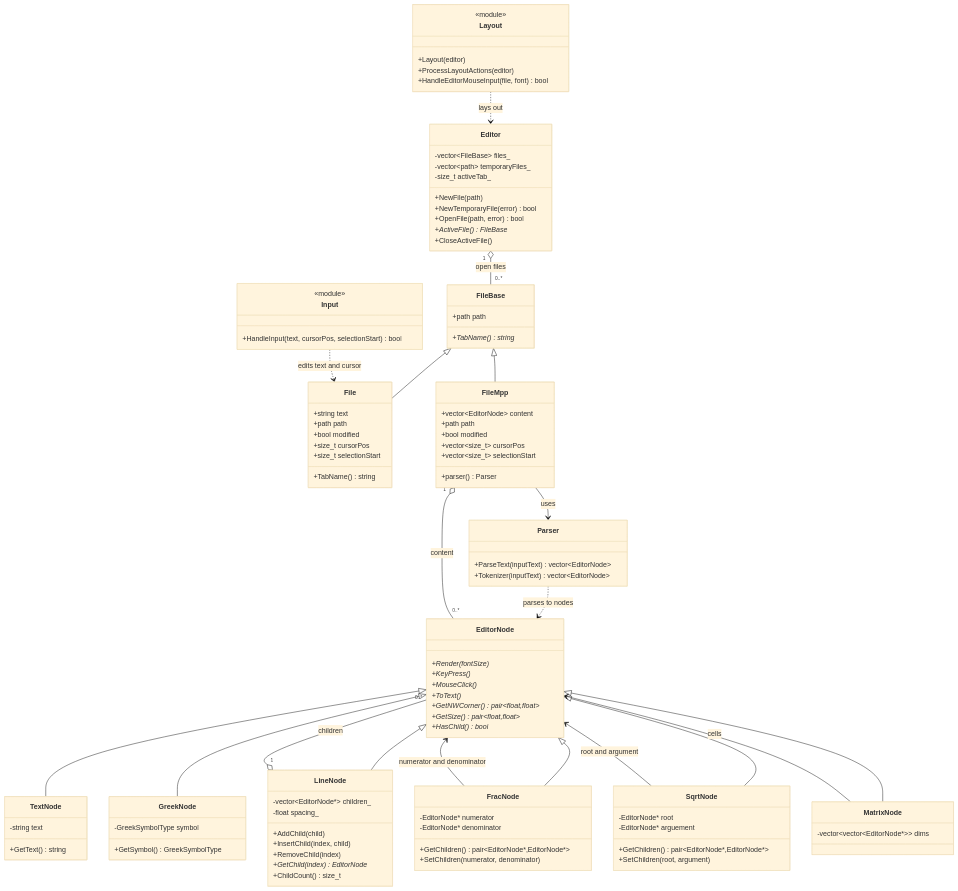
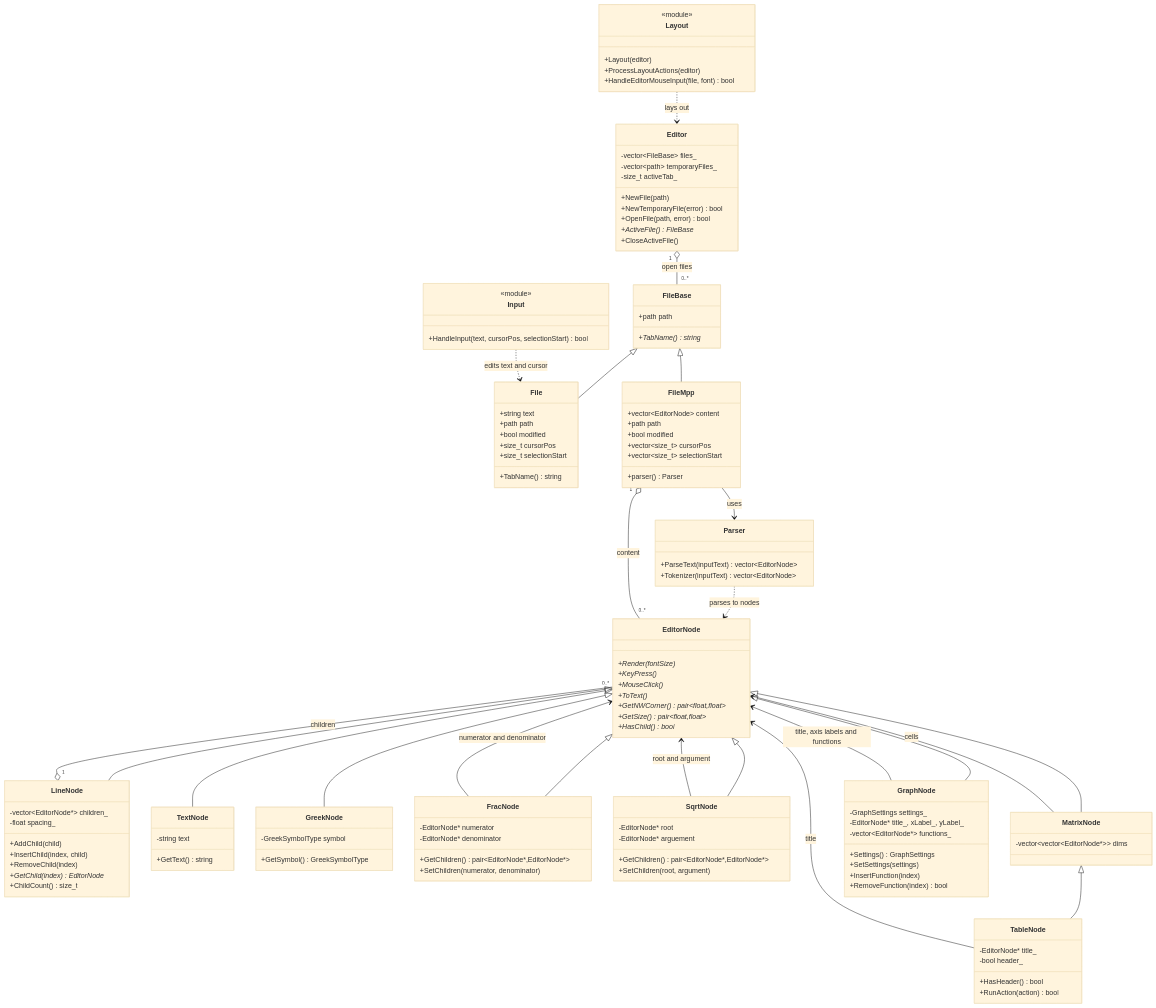
The diagram in UML.md (LVGCoding/mplusplus), drawn with Mermaid (base theme) before and after one commit. The commit also changed 34 other files, not shown here.

Commit message:
Graph and tables, implementation in GraphNode and TableNode in src/math

```diff
--- a/UML.md
+++ b/UML.md
@@ -100,6 +100,23 @@
         -vector~vector~EditorNode*~~ dims
     }
 
+    class GraphNode {
+        -GraphSettings settings_
+        -EditorNode* title_, xLabel_, yLabel_
+        -vector~EditorNode*~ functions_
+        +Settings() GraphSettings
+        +SetSettings(settings)
+        +InsertFunction(index)
+        +RemoveFunction(index) bool
+    }
+
+    class TableNode {
+        -EditorNode* title_
+        -bool header_
+        +HasHeader() bool
+        +RunAction(action) bool
+    }
+
     class Parser {
         +ParseText(inputText) vector~EditorNode~
         +Tokenizer(inputText) vector~EditorNode~
@@ -119,10 +136,14 @@
     EditorNode <|-- FracNode
     EditorNode <|-- SqrtNode
     EditorNode <|-- MatrixNode
+    EditorNode <|-- GraphNode
+    MatrixNode <|-- TableNode
     LineNode "1" o-- "0..*" EditorNode : children
     FracNode --> EditorNode : numerator and denominator
     SqrtNode --> EditorNode : root and argument
     MatrixNode --> EditorNode : cells
+    GraphNode --> EditorNode : title, axis labels and functions
+    TableNode --> EditorNode : title
 
     Parser ..> EditorNode : parses to nodes
     FileMpp "1" o-- "0..*" EditorNode : content
```
